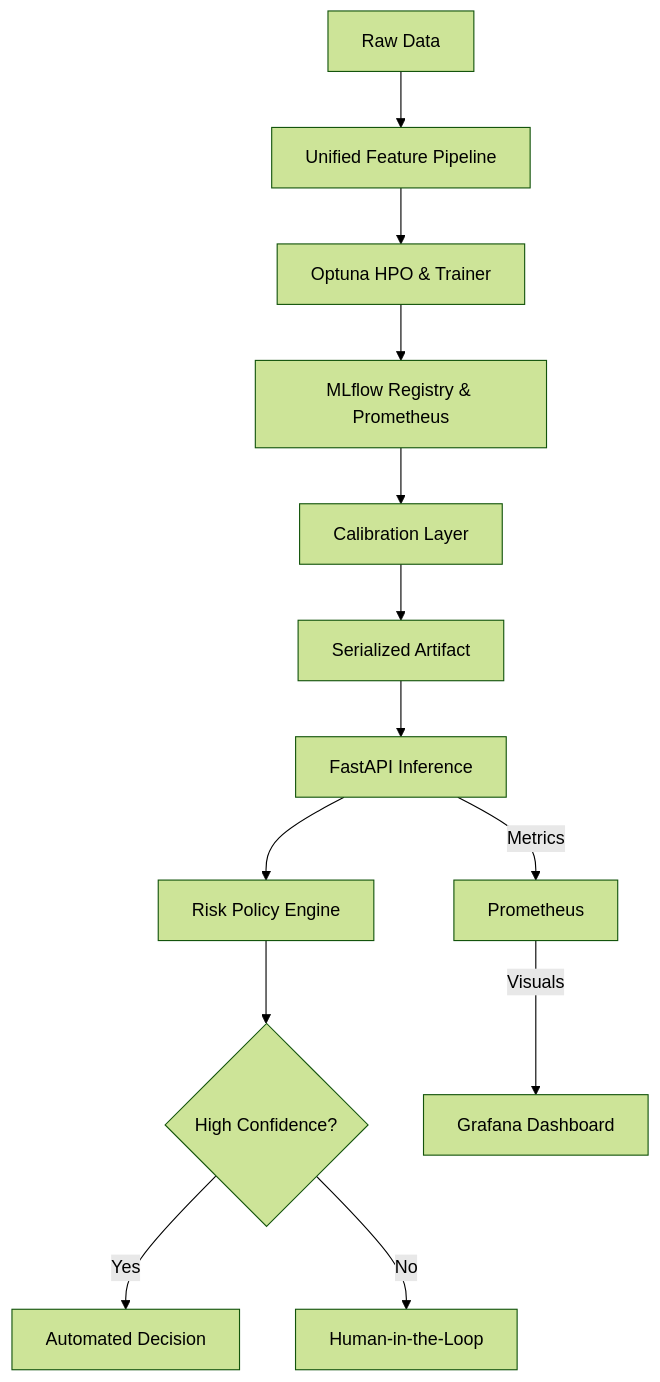
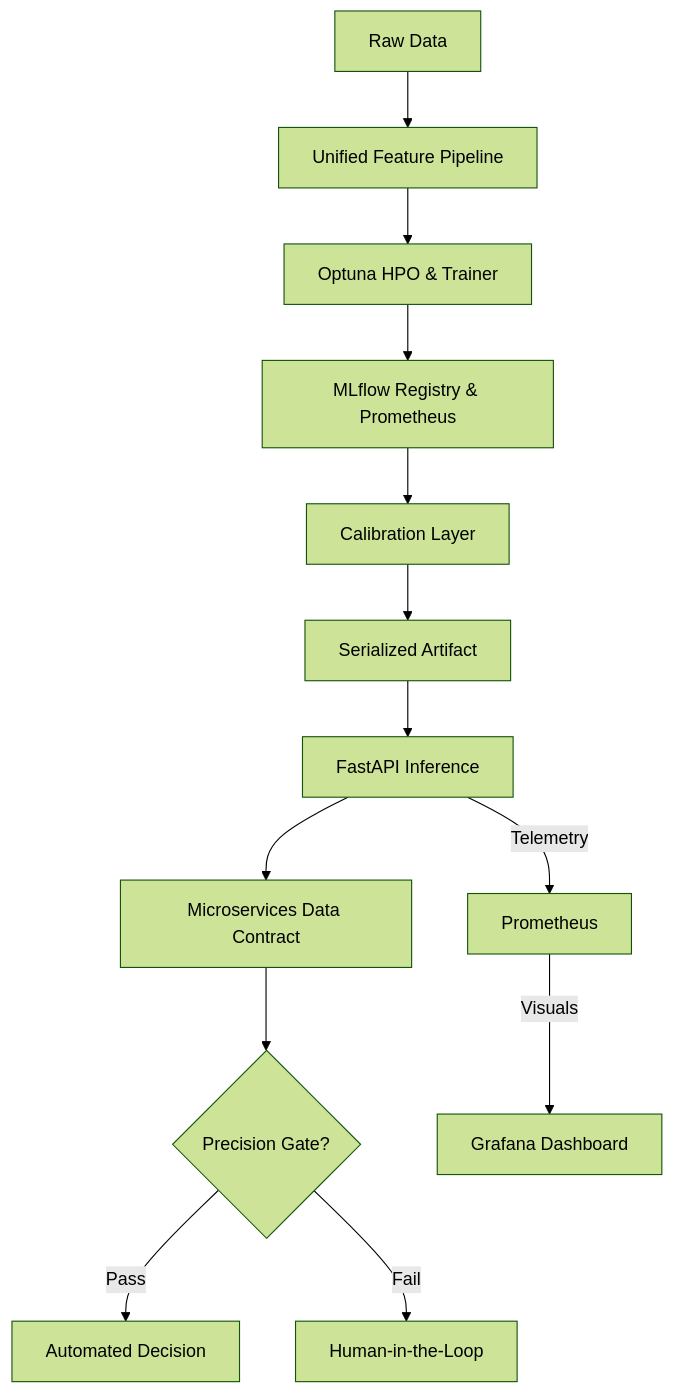
One commit to AbhijitMore/kairos changed the diagram in README.md. Above: the diagram before and after it, drawn with Mermaid (forest theme). The commit also changed other lines of this file, not shown here.

````diff
--- a/README.md
+++ b/README.md
@@ -51,17 +55,17 @@
 ```mermaid
 graph TD
     A[Raw Data] --> B[Unified Feature Pipeline]
     B --> C[Optuna HPO & Trainer]
     C --> D[MLflow Registry & Prometheus]
     D --> E[Calibration Layer]
     E --> F[Serialized Artifact]
 
     F --> G[FastAPI Inference]
-    G --> H[Risk Policy Engine]
-    H --> I{High Confidence?}
-    I -- Yes --> J[Automated Decision]
-    I -- No --> K[Human-in-the-Loop]
+    G --> H[Microservices Data Contract]
+    H --> I{Precision Gate?}
+    I -- Pass --> J[Automated Decision]
+    I -- Fail --> K[Human-in-the-Loop]
 
-    G -->|Metrics| P[Prometheus]
+    G -->|Telemetry| P[Prometheus]
     P -->|Visuals| Gr[Grafana Dashboard]
 ```
````
